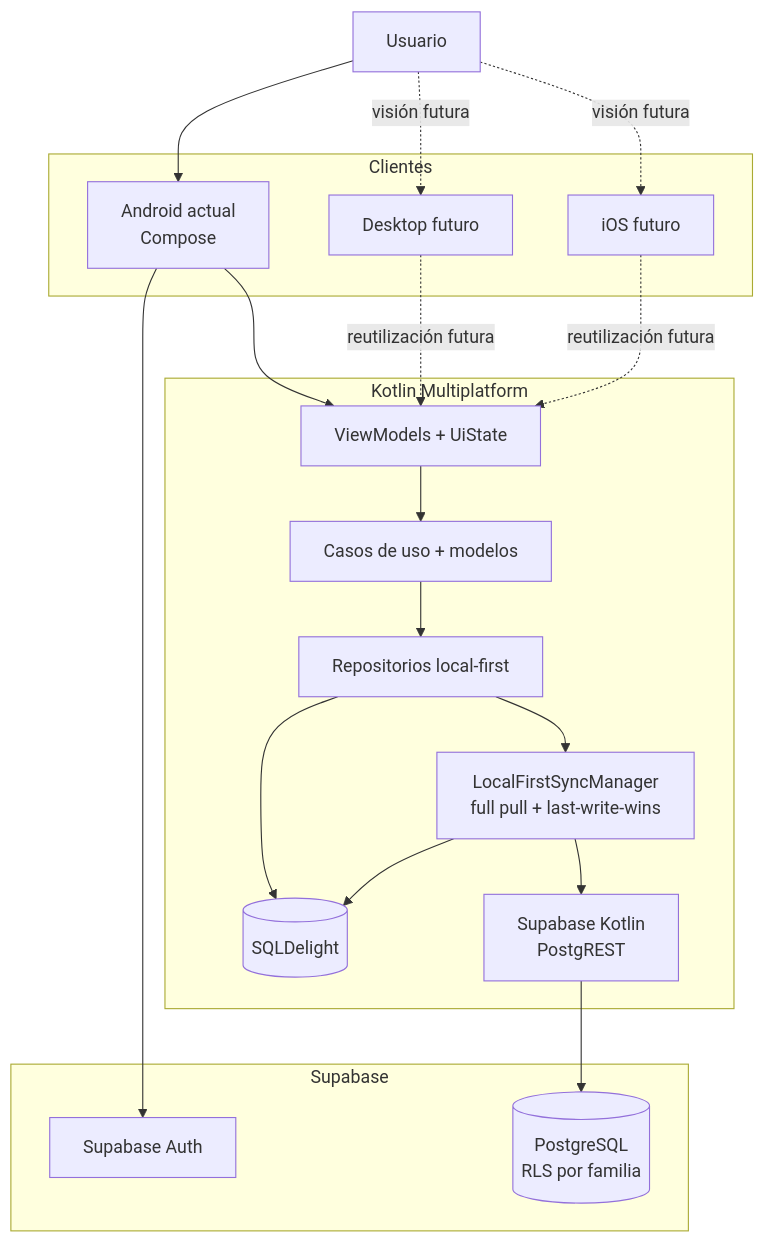
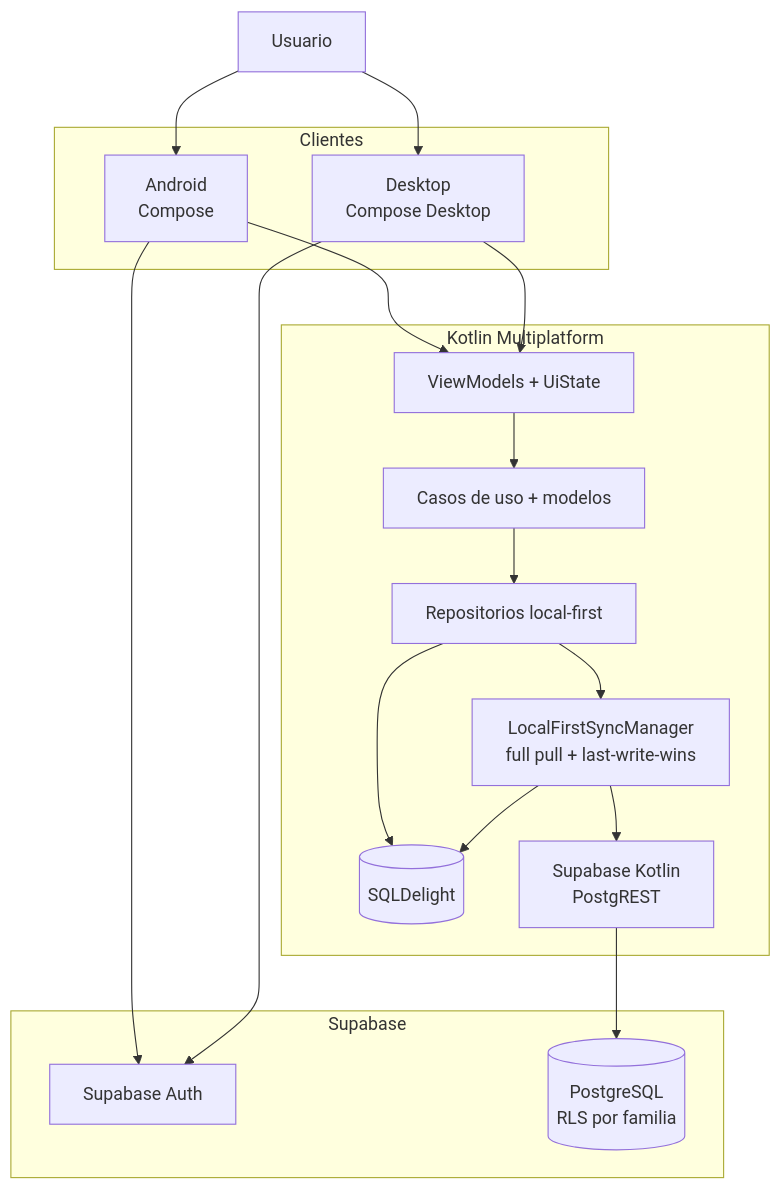
One commit to asensiodev/Carbura changed the first of 3 diagrams in readme.md. Above: the diagram before and after it, drawn with Mermaid. The commit also changed other lines of this file and 26 other files, not shown here.

````diff
--- a/readme.md
+++ b/readme.md
@@ -132,39 +148,37 @@
 ```mermaid
 flowchart TD
     User[Usuario]
 
     subgraph Clients[Clientes]
-        Android[Android actual\nCompose]
-        Desktop[Desktop futuro]
-        IOS[iOS futuro]
+        Android[Android\nCompose]
+        Desktop[Desktop\nCompose Desktop]
     end
 
     subgraph Shared[Kotlin Multiplatform]
         Presentation[ViewModels + UiState]
         Domain[Casos de uso + modelos]
         Repositories[Repositorios local-first]
         Sync[LocalFirstSyncManager\nfull pull + last-write-wins]
         Local[(SQLDelight)]
         Remote[Supabase Kotlin\nPostgREST]
     end
 
     subgraph Backend[Supabase]
         Auth[Supabase Auth]
         DB[(PostgreSQL\nRLS por familia)]
     end
 
     User --> Android
-    User -. visión futura .-> Desktop
-    User -. visión futura .-> IOS
+    User --> Desktop
     Android --> Presentation
-    Desktop -. reutilización futura .-> Presentation
-    IOS -. reutilización futura .-> Presentation
+    Desktop --> Presentation
     Presentation --> Domain
     Domain --> Repositories
     Repositories --> Local
     Repositories --> Sync
     Sync --> Local
     Sync --> Remote
     Android --> Auth
+    Desktop --> Auth
     Remote --> DB
 ```
````
